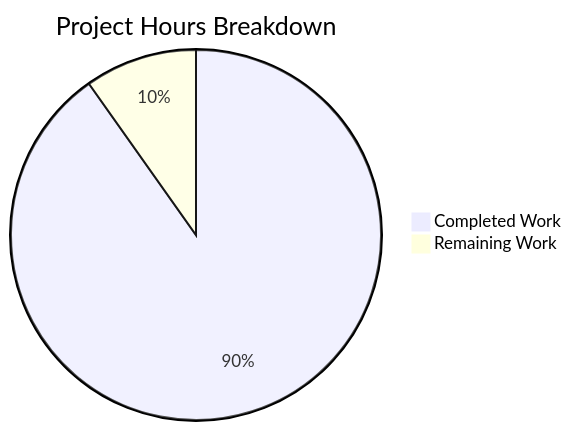
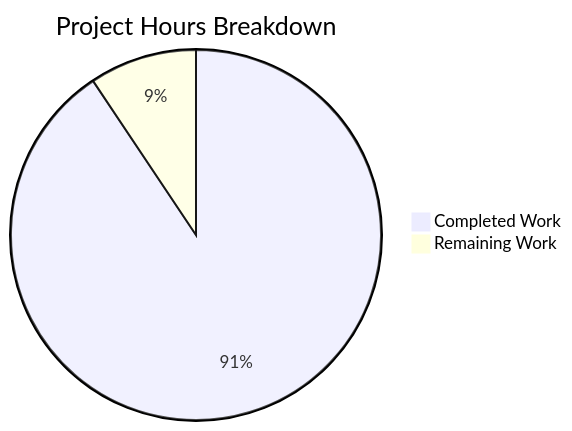
One commit to Blitzy-Sandbox/blitzy-bluez changed the second of 2 diagrams in blitzy/documentation/Project Guide.md. Above: the diagram before and after it, drawn with Mermaid. The commit also changed other lines of this file, not shown here.

Commit message:
Adding Blitzy Project Guide: Project Status and Human Tasks Remaining

````diff
--- a/blitzy/documentation/Project Guide.md
+++ b/blitzy/documentation/Project Guide.md
@@ -218,5 +246,5 @@
 ```mermaid
 pie title Project Hours Breakdown
-    "Completed Work" : 920
-    "Remaining Work" : 100
+    "Completed Work" : 1160
+    "Remaining Work" : 120
 ```
````
